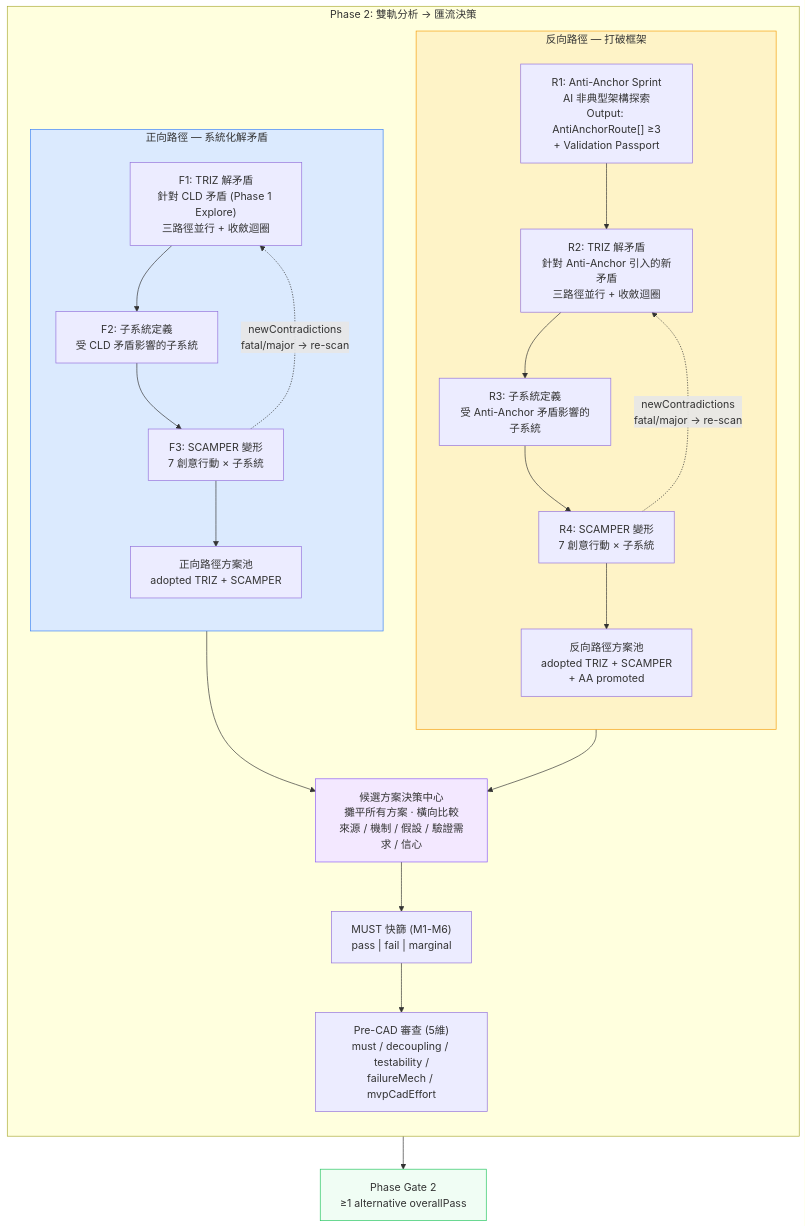
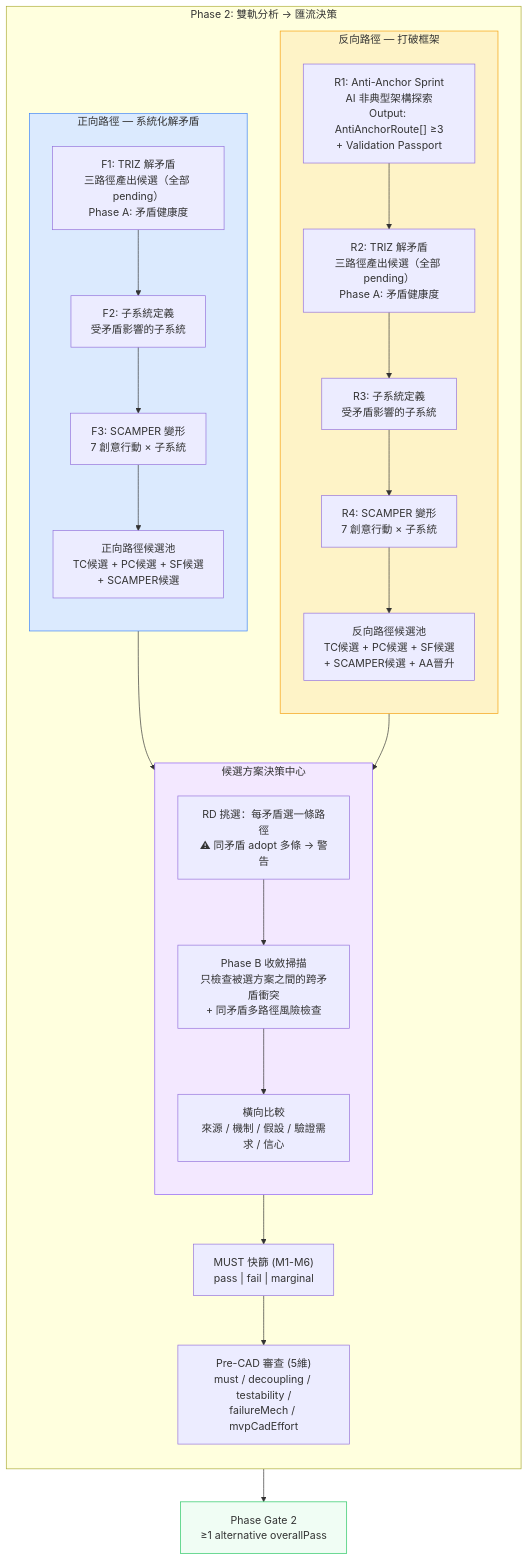
One commit to JIA-HONG-CHU/design-copilot-blueprint changed the first of 6 diagrams in docs/diagrams/triz-to-scamper-flow.md. Above: the diagram before and after it, drawn with Mermaid. The commit also changed other lines of this file, not shown here.

First line of the commit message:
docs: v7 flow — production/selection separation, Phase A/B split

````diff
--- a/docs/diagrams/triz-to-scamper-flow.md
+++ b/docs/diagrams/triz-to-scamper-flow.md
@@ -20,43 +42,48 @@
 ```mermaid
 flowchart TB
     subgraph Phase2["Phase 2: 雙軌分析 → 匯流決策"]
         direction TB
 
         subgraph REVERSE["反向路徑 — 打破框架"]
             direction TB
             R1["R1: Anti-Anchor Sprint<br/>AI 非典型架構探索<br/>Output: AntiAnchorRoute[] ≥3<br/>+ Validation Passport"]
-            R2["R2: TRIZ 解矛盾<br/>針對 Anti-Anchor 引入的新矛盾<br/>三路徑並行 + 收斂迴圈"]
-            R3["R3: 子系統定義<br/>受 Anti-Anchor 矛盾影響的子系統"]
+            R2["R2: TRIZ 解矛盾<br/>三路徑產出候選（全部 pending）<br/>Phase A: 矛盾健康度"]
+            R3["R3: 子系統定義<br/>受矛盾影響的子系統"]
             R4["R4: SCAMPER 變形<br/>7 創意行動 × 子系統"]
-            RP["反向路徑方案池<br/>adopted TRIZ + SCAMPER<br/>+ AA promoted"]
+            RP["反向路徑候選池<br/>TC候選 + PC候選 + SF候選<br/>+ SCAMPER候選 + AA晉升"]
             R1 --> R2 --> R3 --> R4 --> RP
-            R4 -.->|"newContradictions<br/>fatal/major → re-scan"| R2
         end
 
         subgraph FORWARD["正向路徑 — 系統化解矛盾"]
             direction TB
-            F1["F1: TRIZ 解矛盾<br/>針對 CLD 矛盾 (Phase 1 Explore)<br/>三路徑並行 + 收斂迴圈"]
-            F2["F2: 子系統定義<br/>受 CLD 矛盾影響的子系統"]
+            F1["F1: TRIZ 解矛盾<br/>三路徑產出候選（全部 pending）<br/>Phase A: 矛盾健康度"]
+            F2["F2: 子系統定義<br/>受矛盾影響的子系統"]
             F3["F3: SCAMPER 變形<br/>7 創意行動 × 子系統"]
-            FP["正向路徑方案池<br/>adopted TRIZ + SCAMPER"]
+            FP["正向路徑候選池<br/>TC候選 + PC候選 + SF候選<br/>+ SCAMPER候選"]
             F1 --> F2 --> F3 --> FP
-            F3 -.->|"newContradictions<br/>fatal/major → re-scan"| F1
         end
 
-        HUB["候選方案決策中心<br/>攤平所有方案 · 橫向比較<br/>來源 / 機制 / 假設 / 驗證需求 / 信心"]
-        RP --> HUB
-        FP --> HUB
+        subgraph HUB["候選方案決策中心"]
+            direction TB
+            SELECT["RD 挑選：每矛盾選一條路徑<br/>⚠ 同矛盾 adopt 多條 → 警告"]
+            PHASE_B["Phase B 收斂掃描<br/>只檢查被選方案之間的跨矛盾衝突<br/>+ 同矛盾多路徑風險檢查"]
+            COMPARE["橫向比較<br/>來源 / 機制 / 假設 / 驗證需求 / 信心"]
+            SELECT --> PHASE_B --> COMPARE
+        end
+
+        RP --> SELECT
+        FP --> SELECT
 
         MUST["MUST 快篩 (M1-M6)<br/>pass | fail | marginal"]
         PRECAD["Pre-CAD 審查 (5維)<br/>must / decoupling / testability /<br/>failureMech / mvpCadEffort"]
-        HUB --> MUST --> PRECAD
+        COMPARE --> MUST --> PRECAD
     end
 
     GATE["Phase Gate 2<br/>≥1 alternative overallPass"]
     PRECAD --> GATE
 
     style REVERSE fill:#FEF3C7,stroke:#F59E0B
     style FORWARD fill:#DBEAFE,stroke:#3B82F6
     style HUB fill:#F3E8FF,stroke:#8B5CF6
     style GATE fill:#F0FDF4,stroke:#22C55E
 ```
````
